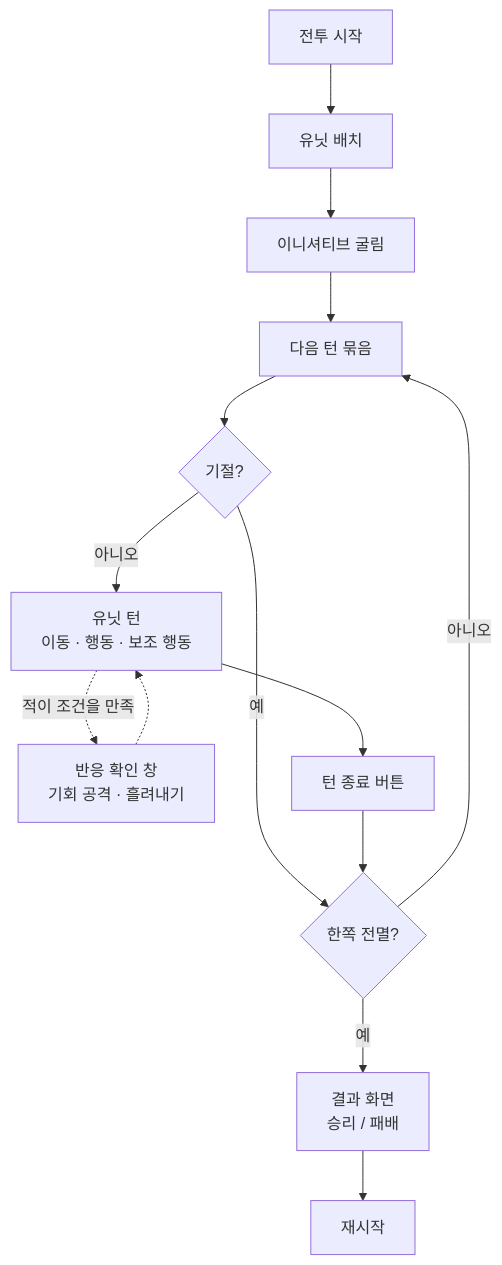
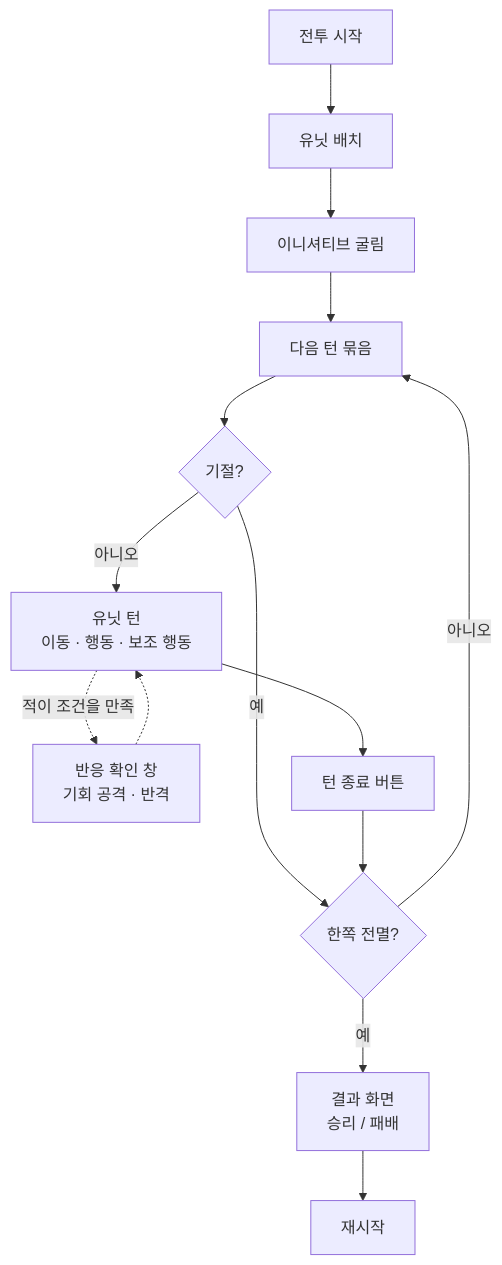
Before and after one commit to minjunkim-dev/BGLike: the diagram in docs/COMBAT_DESIGN.md, drawn with Mermaid. The commit also changed other lines of this file and 7 other files, not shown here.

````diff
--- a/docs/COMBAT_DESIGN.md
+++ b/docs/COMBAT_DESIGN.md
@@ -84,16 +87,16 @@
 ```mermaid
 flowchart TD
     A[전투 시작] --> B[유닛 배치]
     B --> C[이니셔티브 굴림]
     C --> D[다음 턴 묶음]
     D --> E{기절?}
     E -- 예 --> H
     E -- 아니오 --> F[유닛 턴<br/>이동 · 행동 · 보조 행동]
-    F -. 적이 조건을 만족 .-> R[반응 확인 창<br/>기회 공격 · 흘려내기]
+    F -. 적이 조건을 만족 .-> R[반응 확인 창<br/>기회 공격 · 반격]
     R -.-> F
     F --> G[턴 종료 버튼]
     G --> H{한쪽 전멸?}
     H -- 아니오 --> D
     H -- 예 --> I[결과 화면<br/>승리 / 패배]
     I --> J[재시작]
 ```
````
